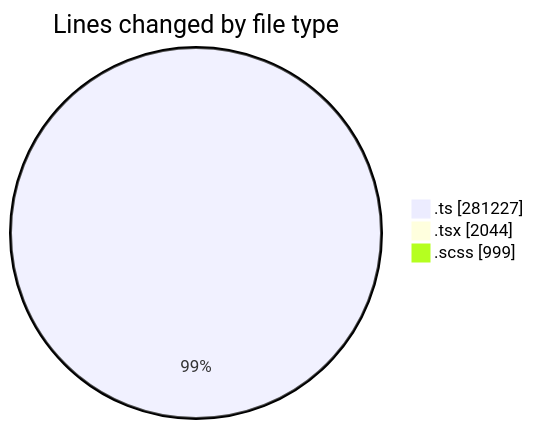
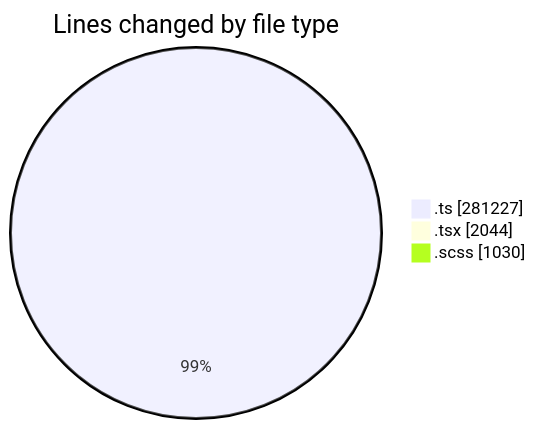
Before and after one commit to momahboobian/code-tracking: the first of 2 diagrams in 2025-08-22/cda/README.md, drawn with Mermaid. The commit also changed other lines of this file and 1 other file, not shown here.

````diff
--- a/2025-08-22/cda/README.md
+++ b/2025-08-22/cda/README.md
@@ -43,7 +43,7 @@
 ```mermaid
 pie showData
 title Lines changed by file type
 ".ts" : 281227
 ".tsx" : 2044
-".scss" : 999
+".scss" : 1030
 ```
````
